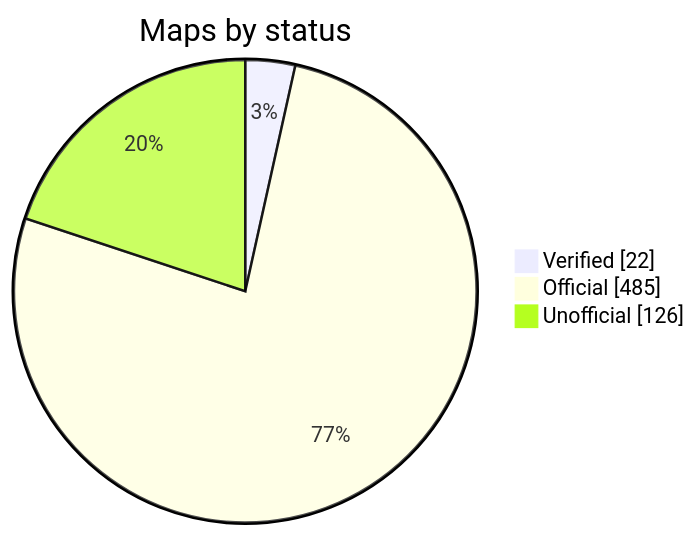
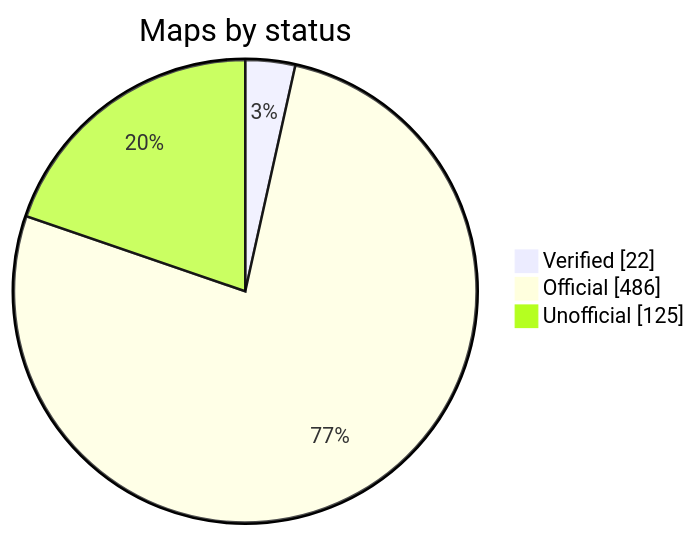
Before and after one commit to nobrega8/mbmap-library: the diagram in README.md, drawn with Mermaid. The commit also changed 6 other files, not shown here.

````diff
--- a/README.md
+++ b/README.md
@@ -52,7 +52,7 @@
 ```mermaid
 pie showData
     title Maps by status
     "Verified" : 22
-    "Official" : 485
-    "Unofficial" : 126
+    "Official" : 486
+    "Unofficial" : 125
 ```
````
